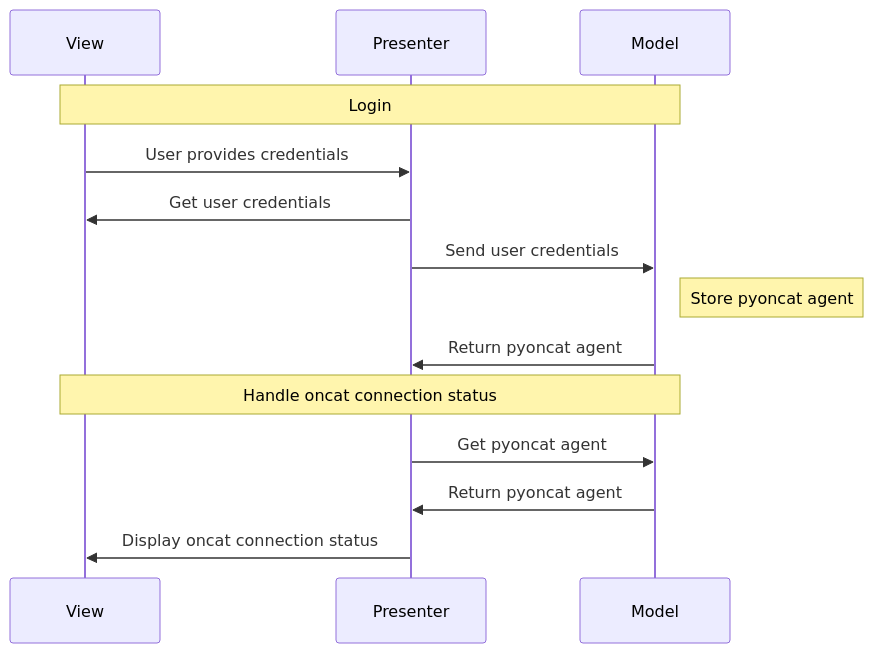
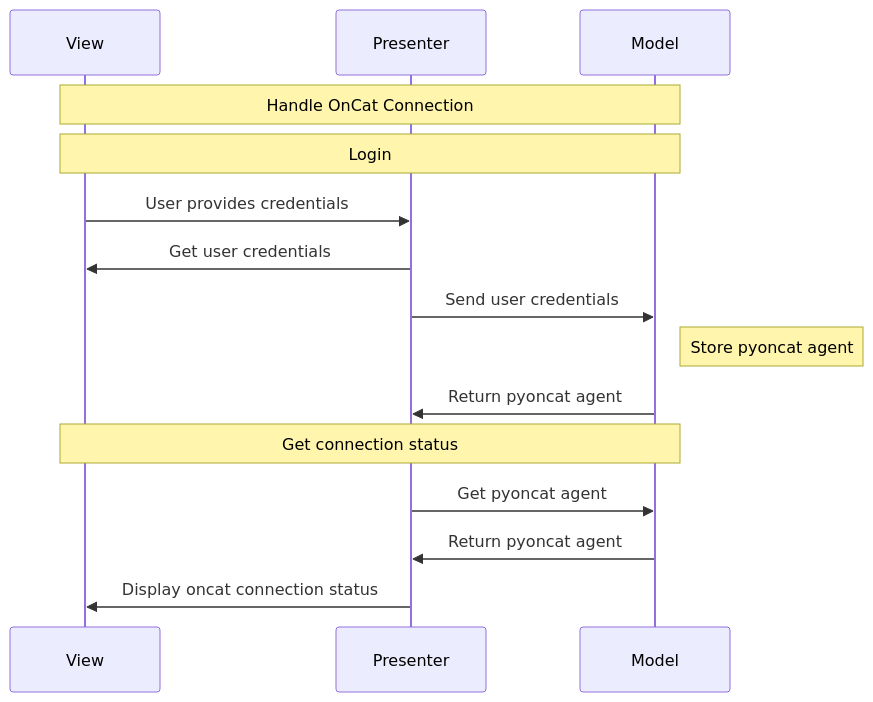
One commit to neutrons/garnet changed the third of 9 diagrams in docs/source/design/oncat_mvp.rst. Above: the diagram before and after it, drawn with Mermaid. The commit also changed other lines of this file and 6 other files, not shown here.

```diff
--- a/docs/source/design/oncat_mvp.rst
+++ b/docs/source/design/oncat_mvp.rst
@@ -88,18 +104,19 @@
-.. mermaid::
+    .. mermaid::
 
-    sequenceDiagram
-        participant View
-        participant Presenter
-        participant Model
+        sequenceDiagram
+            participant View
+            participant Presenter
+            participant Model
 
-        Note over View,Model: Login
-        View->>Presenter: User provides credentials
-        Presenter->>View: Get user credentials
-        Presenter->>Model: Send user credentials
-        Note right of Model: Store pyoncat agent
-        Model->>Presenter: Return pyoncat agent
+            Note over View,Model: Handle OnCat Connection
+            Note over View,Model: Login
+            View->>Presenter: User provides credentials
+            Presenter->>View: Get user credentials
+            Presenter->>Model: Send user credentials
+            Note right of Model: Store pyoncat agent
+            Model->>Presenter: Return pyoncat agent
 
-        Note over View,Model: Handle oncat connection status
-        Presenter->>Model: Get pyoncat agent
-        Model->>Presenter: Return pyoncat agent
-        Presenter->>View: Display oncat connection status
+            Note over View,Model: Get connection status
+            Presenter->>Model: Get pyoncat agent
+            Model->>Presenter: Return pyoncat agent
+            Presenter->>View: Display oncat connection status
```
